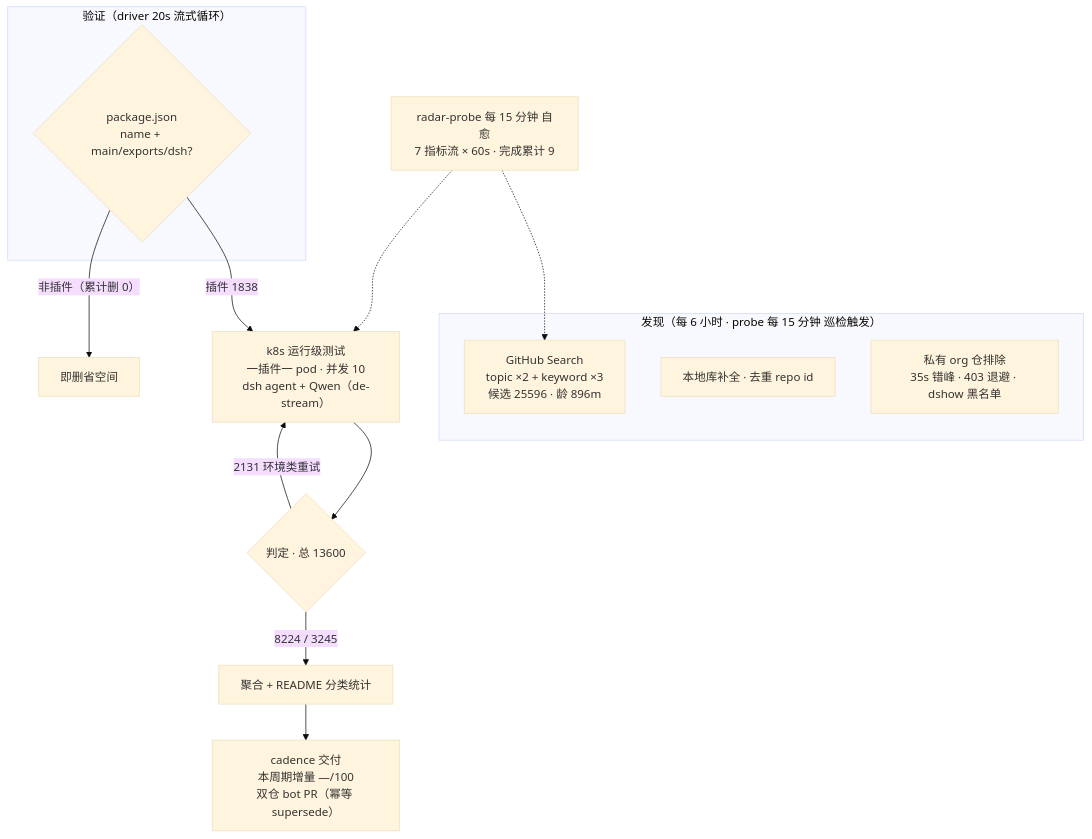
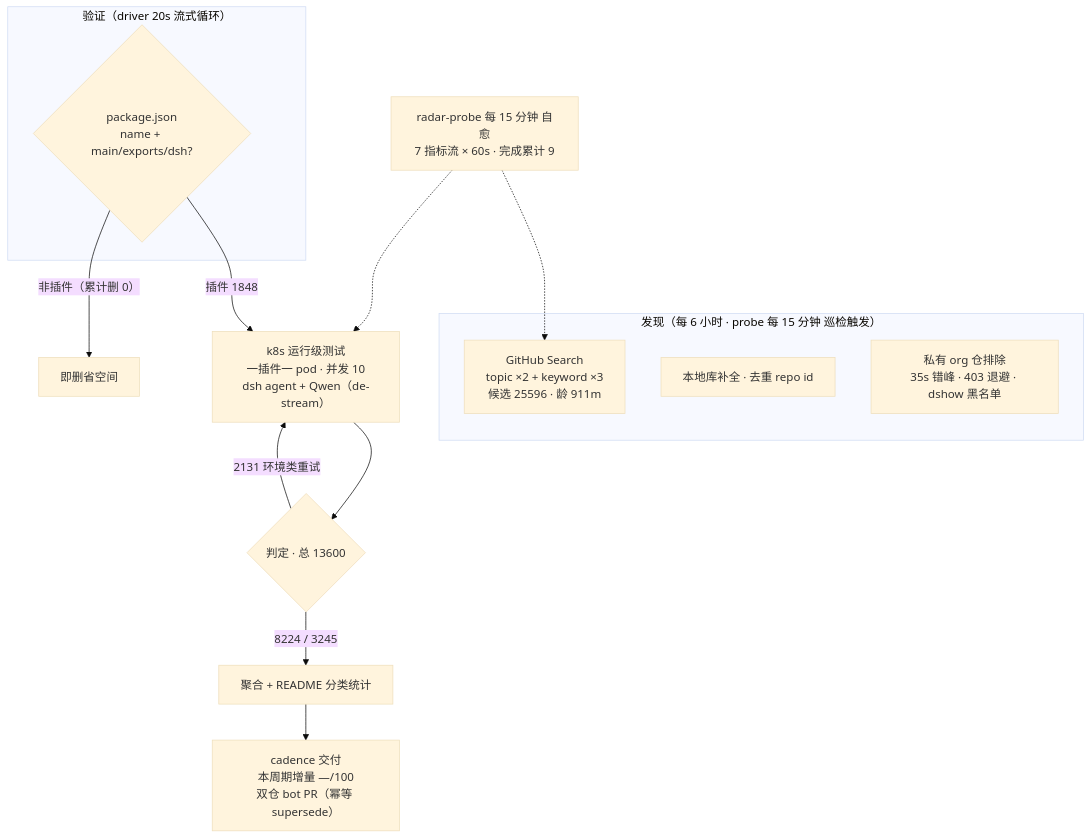
The diagram in README.md (Zhidao-Lab-OSS/awesome-dsh-plugins), drawn with Mermaid (base theme) before and after one commit. The commit also changed other lines of this file and 1 other file, not shown here.

````diff
--- a/README.md
+++ b/README.md
@@ -177,20 +177,20 @@
 ```mermaid
 flowchart TB
     subgraph Discovery["发现（每 6 小时 · probe 每 15 分钟 巡检触发）"]
-        A1["GitHub Search<br/>topic ×2 + keyword ×3<br/>候选 25596 · 龄 896m"]
+        A1["GitHub Search<br/>topic ×2 + keyword ×3<br/>候选 25596 · 龄 911m"]
         A2["本地库补全 · 去重 repo id"]
         A3["私有 org 仓排除<br/>35s 错峰 · 403 退避 · dshow 黑名单"]
     end
     subgraph Validation["验证（driver 20s 流式循环）"]
         B1{"package.json<br/>name + main/exports/dsh?"}
     end
-    B1 -->|"插件 1838"| C1["k8s 运行级测试<br/>一插件一 pod · 并发 10<br/>dsh agent + Qwen（de-stream）"]
+    B1 -->|"插件 1848"| C1["k8s 运行级测试<br/>一插件一 pod · 并发 10<br/>dsh agent + Qwen（de-stream）"]
     B1 -->|"非插件（累计删 0）"| B3["即删省空间"]
     C1 --> D1{"判定 · 总 13600"}
     D1 -->|"8224 / 3245"| E1["聚合 + README 分类统计"]
     D1 -->|"2131 环境类重试"| C1
     E1 --> E2["cadence 交付<br/>本周期增量 —/100<br/>双仓 bot PR（幂等 supersede）"]
     M["radar-probe 每 15 分钟 自愈<br/>7 指标流 × 60s · 完成累计 9"]
     M -.-> A1
     M -.-> C1
 ```
````
